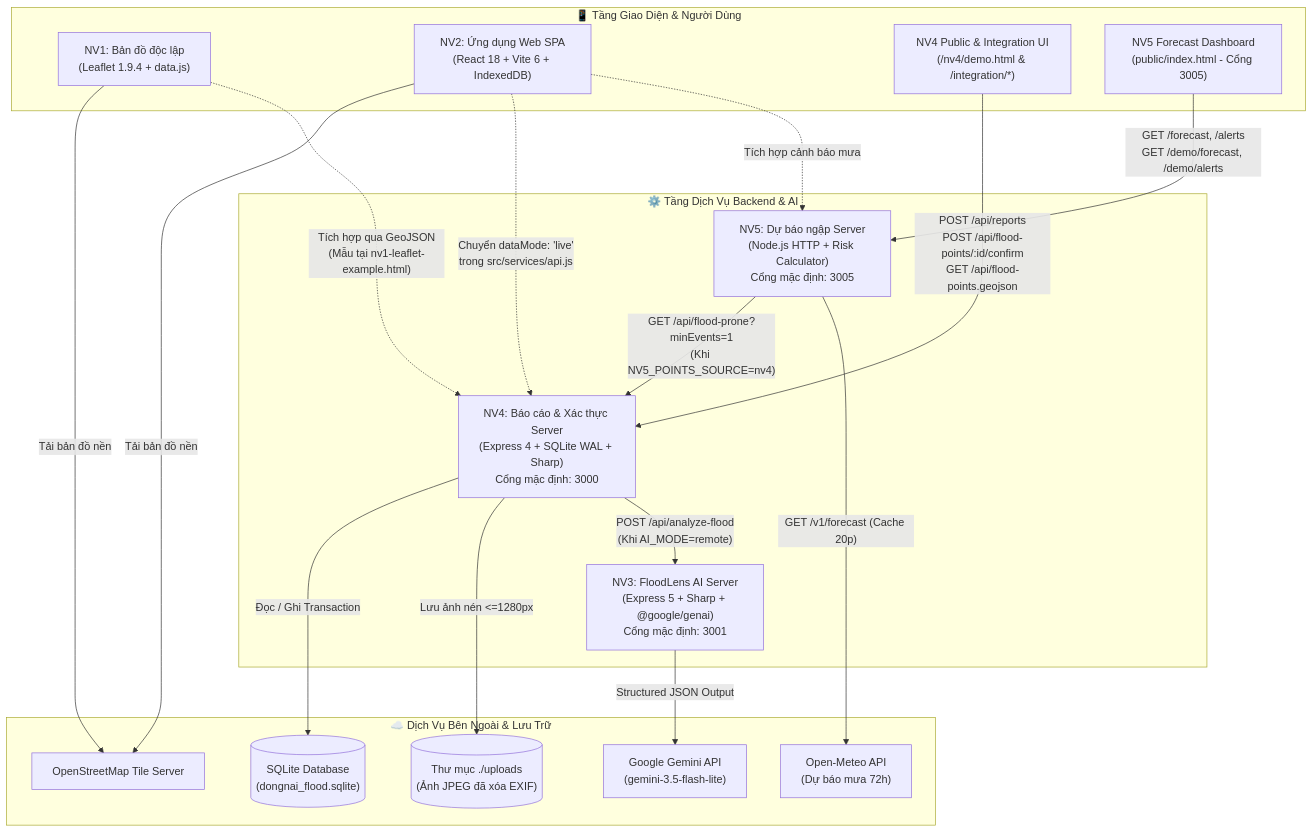
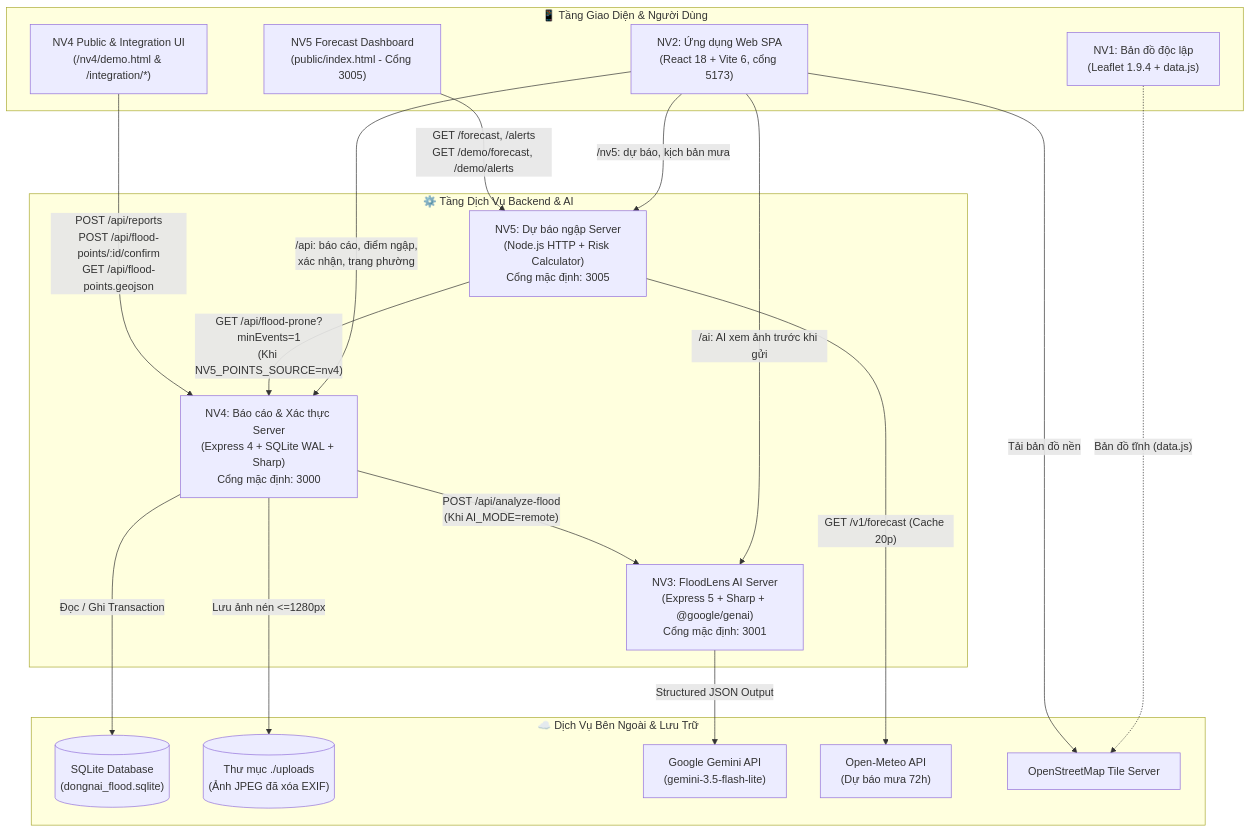
Before and after one commit to trucnhttruc2112-ship-it/DauTruongAI_App-chong-ngap-lut: the first of 2 diagrams in README.md, drawn with Mermaid. The commit also changed other lines of this file and 2 other files, not shown here.

First line of the commit message:
Cap nhat README theo ban tich hop, them npm run tunnel cho dien thoai

````diff
--- a/README.md
+++ b/README.md
@@ -163,40 +163,42 @@
 ```mermaid
 flowchart TB
     subgraph Client["📱 Tầng Giao Diện & Người Dùng"]
         NV1["NV1: Bản đồ độc lập<br/>(Leaflet 1.9.4 + data.js)"]
-        NV2["NV2: Ứng dụng Web SPA<br/>(React 18 + Vite 6 + IndexedDB)"]
+        NV2["NV2: Ứng dụng Web SPA<br/>(React 18 + Vite 6, cổng 5173)"]
         NV4_UI["NV4 Public & Integration UI<br/>(/nv4/demo.html & /integration/*)"]
         NV5_UI["NV5 Forecast Dashboard<br/>(public/index.html - Cổng 3005)"]
     end
 
     subgraph Backend["⚙️ Tầng Dịch Vụ Backend & AI"]
         NV4["NV4: Báo cáo & Xác thực Server<br/>(Express 4 + SQLite WAL + Sharp)<br/>Cổng mặc định: 3000"]
         NV3["NV3: FloodLens AI Server<br/>(Express 5 + Sharp + @google/genai)<br/>Cổng mặc định: 3001"]
         NV5["NV5: Dự báo ngập Server<br/>(Node.js HTTP + Risk Calculator)<br/>Cổng mặc định: 3005"]
     end
 
     subgraph External["☁️ Dịch Vụ Bên Ngoài & Lưu Trữ"]
         DB[("SQLite Database<br/>(dongnai_flood.sqlite)")]
         Uploads[("Thư mục ./uploads<br/>(Ảnh JPEG đã xóa EXIF)")]
         Gemini["Google Gemini API<br/>(gemini-3.5-flash-lite)"]
         OpenMeteo["Open-Meteo API<br/>(Dự báo mưa 72h)"]
         OSM["OpenStreetMap Tile Server"]
     end
 
     %% Kết nối thực tế đã chạy trong code
     NV4_UI -->|"POST /api/reports<br/>POST /api/flood-points/:id/confirm<br/>GET /api/flood-points.geojson"| NV4
     NV4 -->|"Đọc / Ghi Transaction"| DB
     NV4 -->|"Lưu ảnh nén <=1280px"| Uploads
     NV4 -->|"POST /api/analyze-flood<br/>(Khi AI_MODE=remote)"| NV3
     NV3 -->|"Structured JSON Output"| Gemini
     NV5 -->|"GET /api/flood-prone?minEvents=1<br/>(Khi NV5_POINTS_SOURCE=nv4)"| NV4
     NV5 -->|"GET /v1/forecast (Cache 20p)"| OpenMeteo
     NV5_UI -->|"GET /forecast, /alerts<br/>GET /demo/forecast, /demo/alerts"| NV5
-    NV1 -->|"Tải bản đồ nền"| OSM
     NV2 -->|"Tải bản đồ nền"| OSM
 
-    %% Kết nối theo hợp đồng thiết kế (chờ chuyển từ demo sang live)
-    NV1 -.->|"Tích hợp qua GeoJSON<br/>(Mẫu tại nv1-leaflet-example.html)"| NV4
-    NV2 -.->|"Chuyển dataMode: 'live'<br/>trong src/services/api.js"| NV4
-    NV2 -.->|"Tích hợp cảnh báo mưa"| NV5
+    %% Giao diện NV2 gọi máy chủ qua proxy Vite (VITE_DATA_MODE=live)
+    NV2 -->|"/api: báo cáo, điểm ngập,<br/>xác nhận, trang phường"| NV4
+    NV2 -->|"/ai: AI xem ảnh trước khi gửi"| NV3
+    NV2 -->|"/nv5: dự báo, kịch bản mưa"| NV5
+
+    %% Trang mẫu chạy riêng
+    NV1 -.->|"Bản đồ tĩnh (data.js)"| OSM
 ```
````
